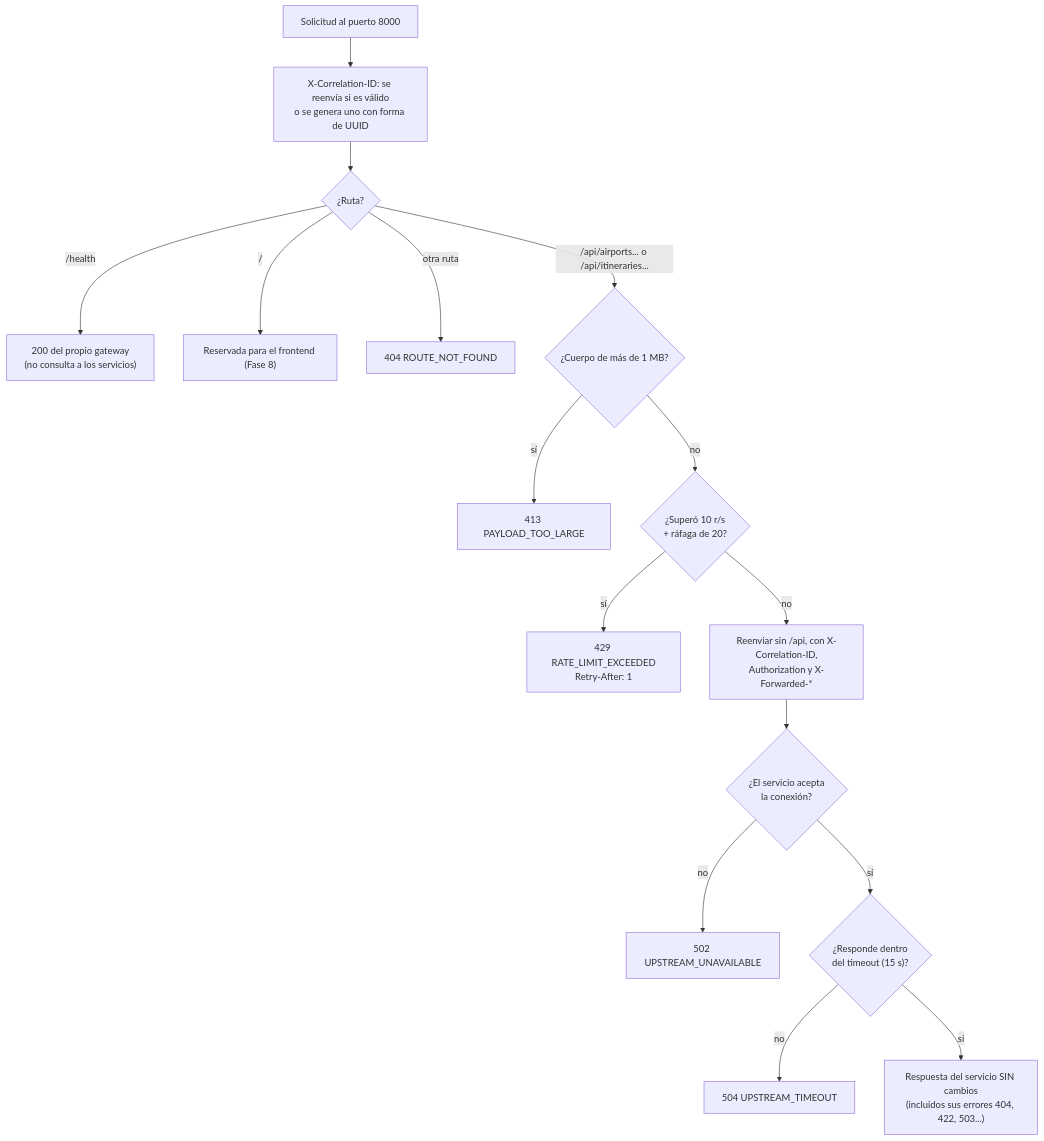
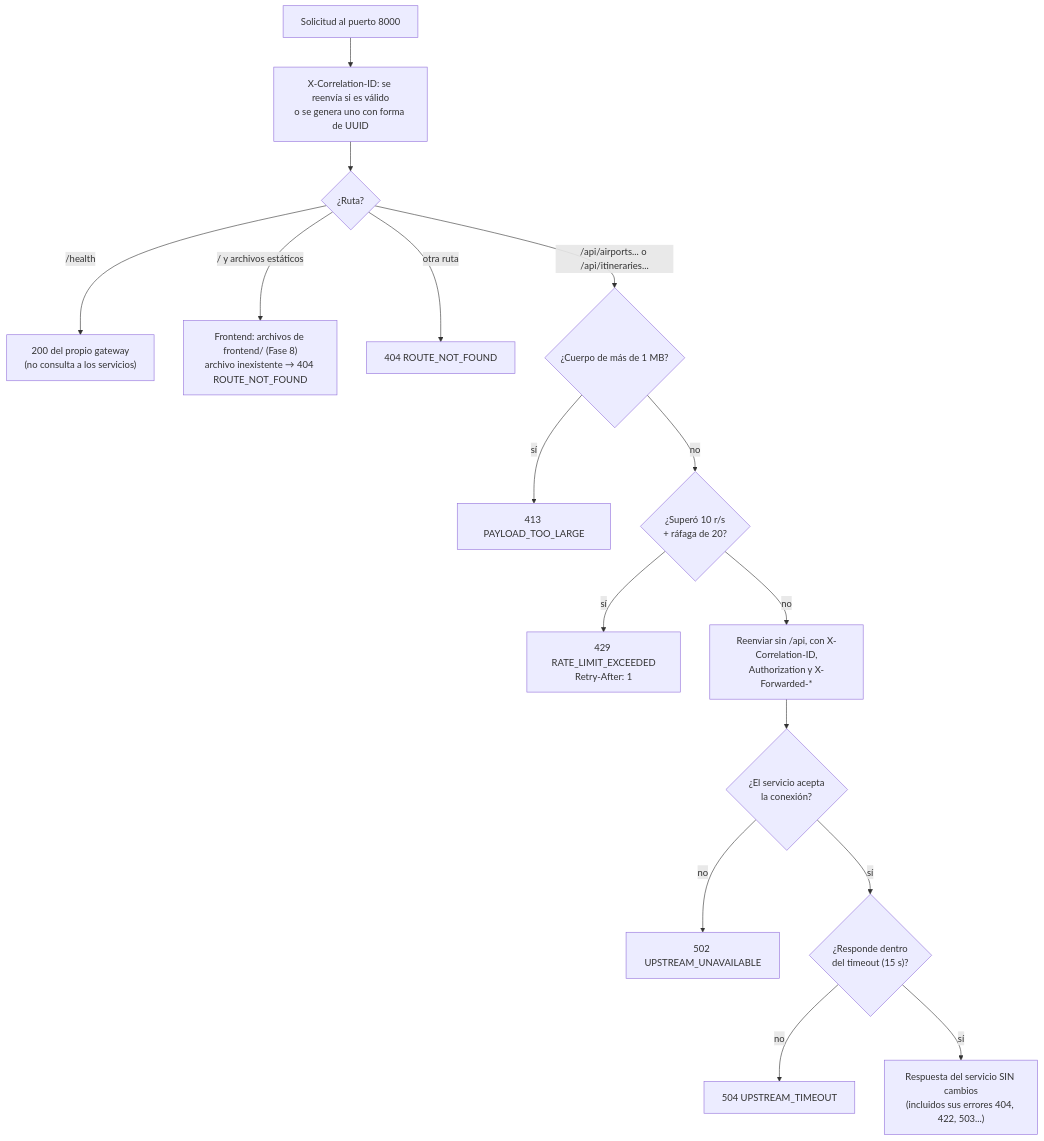
Before and after one commit to JUANGR12192004/sistema-itinerarios-personales: the fifth of 9 diagrams in docs/05-diagramas.md, drawn with Mermaid. The commit also changed other lines of this file and 12 other files, not shown here.

````diff
--- a/docs/05-diagramas.md
+++ b/docs/05-diagramas.md
@@ -254,18 +254,18 @@
 ```mermaid
 flowchart TD
     REQ[Solicitud al puerto 8000] --> CID["X-Correlation-ID: se reenvía si es válido<br/>o se genera uno con forma de UUID"]
     CID --> PATH{¿Ruta?}
     PATH -->|/health| HEALTH["200 del propio gateway<br/>(no consulta a los servicios)"]
-    PATH -->|/| ROOT["Reservada para el frontend (Fase 8)"]
+    PATH -->|"/ y archivos estáticos"| ROOT["Frontend: archivos de frontend/ (Fase 8)<br/>archivo inexistente → 404 ROUTE_NOT_FOUND"]
     PATH -->|otra ruta| NF404["404 ROUTE_NOT_FOUND"]
     PATH -->|"/api/airports... o /api/itineraries..."| SIZE{"¿Cuerpo de más de 1 MB?"}
     SIZE -->|sí| R413["413 PAYLOAD_TOO_LARGE"]
     SIZE -->|no| RL{"¿Superó 10 r/s<br/>+ ráfaga de 20?"}
     RL -->|sí| R429["429 RATE_LIMIT_EXCEEDED<br/>Retry-After: 1"]
     RL -->|no| PROXY["Reenviar sin /api, con X-Correlation-ID,<br/>Authorization y X-Forwarded-*"]
     PROXY --> CONN{"¿El servicio acepta<br/>la conexión?"}
     CONN -->|no| R502["502 UPSTREAM_UNAVAILABLE"]
     CONN -->|sí| TIME{"¿Responde dentro<br/>del timeout (15 s)?"}
     TIME -->|no| R504["504 UPSTREAM_TIMEOUT"]
     TIME -->|sí| PASS["Respuesta del servicio SIN cambios<br/>(incluidos sus errores 404, 422, 503...)"]
 ```
````
